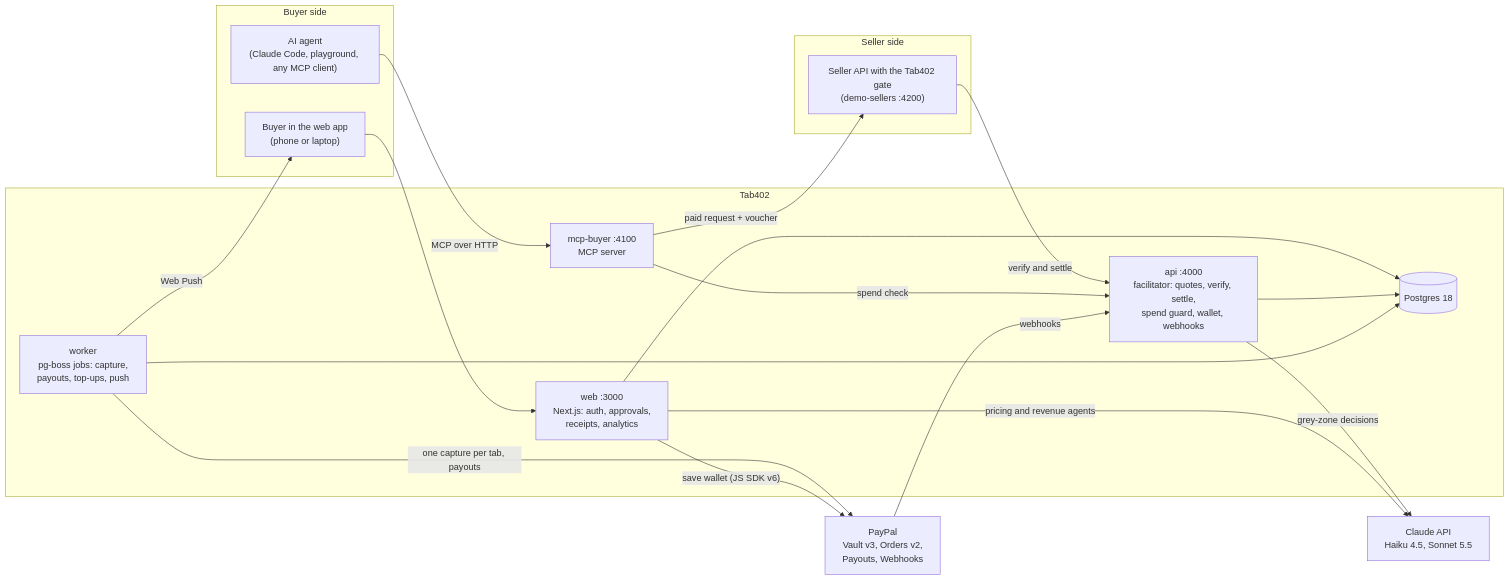
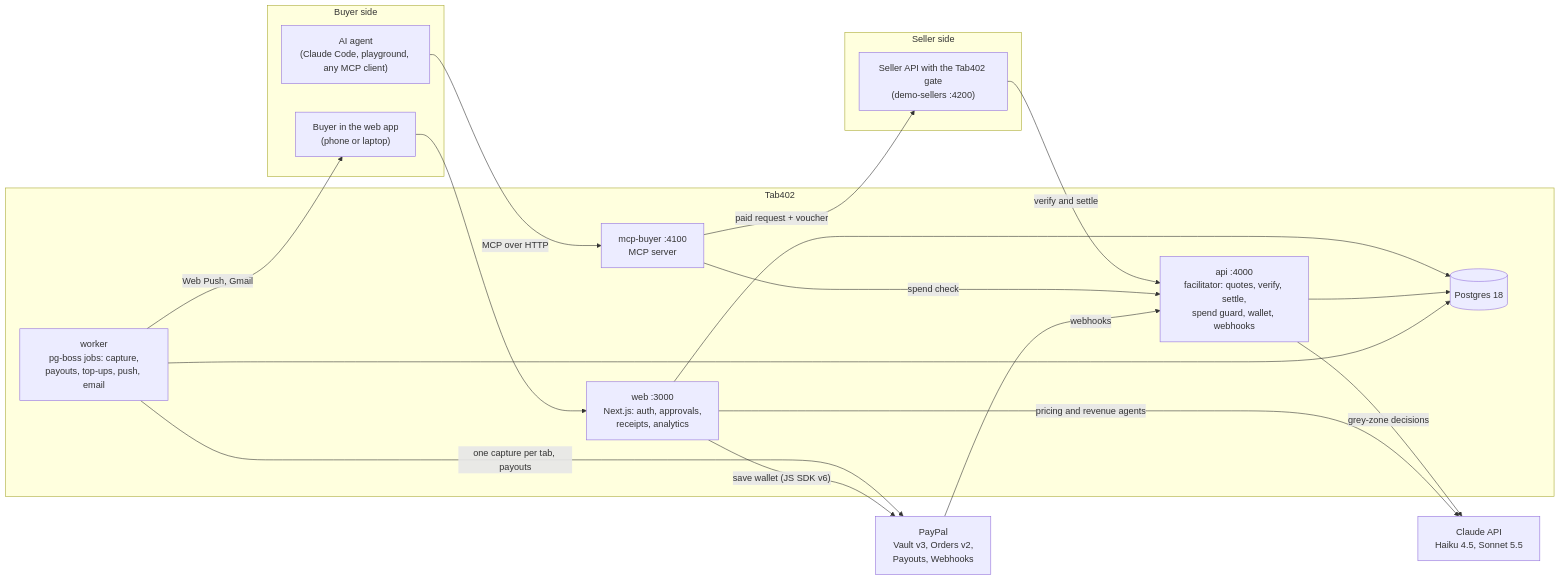
The first of 8 diagrams in README.md (0xhaz/Tab402), drawn with Mermaid before and after one commit. The commit also changed other lines of this file and 3 other files, not shown here.

````diff
--- a/README.md
+++ b/README.md
@@ -65,37 +65,37 @@
 ```mermaid
 flowchart LR
   subgraph buyer["Buyer side"]
     Agent["AI agent<br/>(Claude Code, playground, any MCP client)"]
     Human["Buyer in the web app<br/>(phone or laptop)"]
   end
 
   subgraph tab402["Tab402"]
     MCP["mcp-buyer :4100<br/>MCP server"]
     API["api :4000<br/>facilitator: quotes, verify, settle,<br/>spend guard, wallet, webhooks"]
     Web["web :3000<br/>Next.js: auth, approvals,<br/>receipts, analytics"]
-    Worker["worker<br/>pg-boss jobs: capture,<br/>payouts, top-ups, push"]
+    Worker["worker<br/>pg-boss jobs: capture,<br/>payouts, top-ups, push, email"]
     DB[("Postgres 18")]
   end
 
   subgraph seller["Seller side"]
     Seller["Seller API with the Tab402 gate<br/>(demo-sellers :4200)"]
   end
 
   PayPal["PayPal<br/>Vault v3, Orders v2,<br/>Payouts, Webhooks"]
   Claude["Claude API<br/>Haiku 4.5, Sonnet 5.5"]
 
   Agent -- "MCP over HTTP" --> MCP
   MCP -- "paid request + voucher" --> Seller
   Seller -- "verify and settle" --> API
   MCP -- "spend check" --> API
   Human --> Web
   Web --> DB
   API --> DB
   Worker --> DB
   Worker -- "one capture per tab, payouts" --> PayPal
   Web -- "save wallet (JS SDK v6)" --> PayPal
   PayPal -- "webhooks" --> API
   API -- "grey-zone decisions" --> Claude
   Web -- "pricing and revenue agents" --> Claude
-  Worker -- "Web Push" --> Human
+  Worker -- "Web Push, Gmail" --> Human
 ```
````
